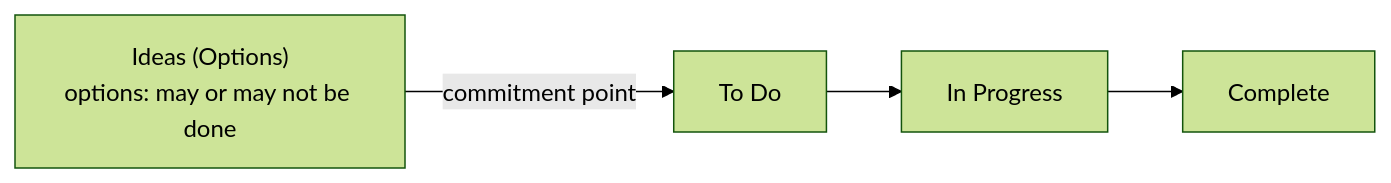
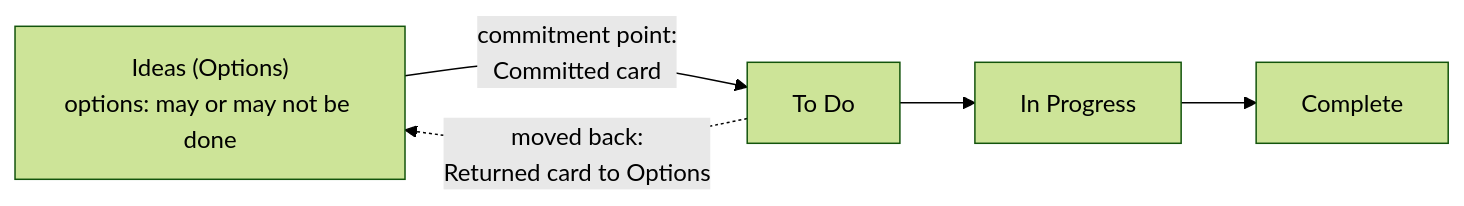
The ninth of 9 diagrams in docs/feature-overview.md (gitBoon/DumpFire), drawn with Mermaid (forest theme) before and after one commit. The commit also changed other lines of this file and 29 other files, not shown here.

````diff
--- a/docs/feature-overview.md
+++ b/docs/feature-overview.md
@@ -415,4 +417,5 @@
 ```mermaid
 flowchart LR
-    Ideas["Ideas (Options)<br/>options: may or may not be done"] -->|"commitment point"| ToDo["To Do"] --> Doing["In Progress"] --> Done["Complete"]
+    Ideas["Ideas (Options)<br/>options: may or may not be done"] -->|"commitment point:<br/>Committed card"| ToDo["To Do"] --> Doing["In Progress"] --> Done["Complete"]
+    ToDo -.->|"moved back:<br/>Returned card to Options"| Ideas
 ```
````
